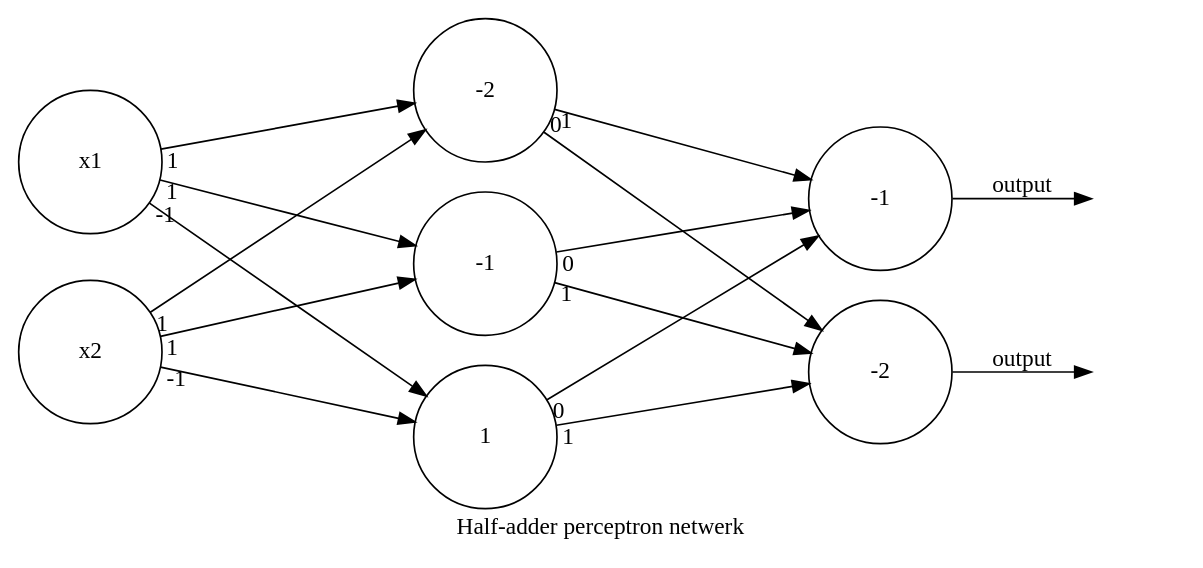
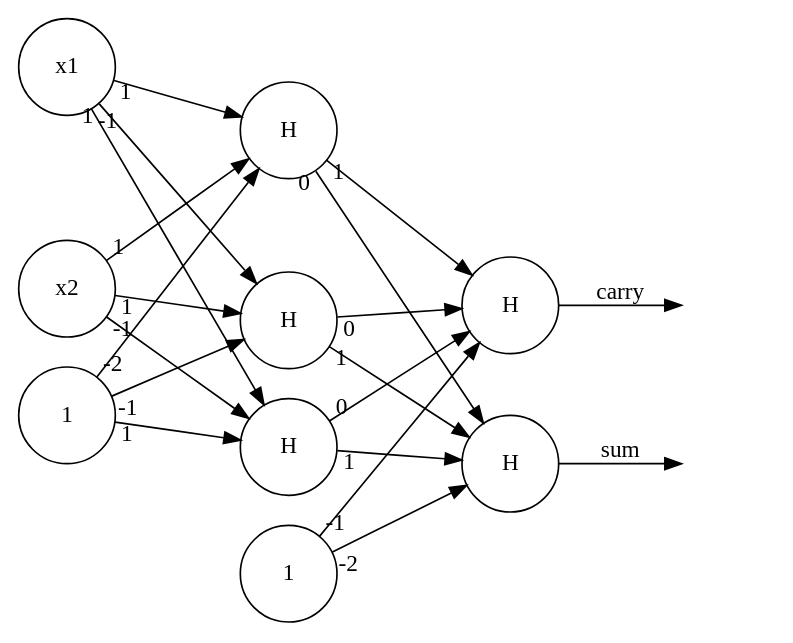
One commit to Finnyy012/MachineLearning changed the diagram in graphviz_renders/netwerk.gv. Above: the diagram before and after it, drawn with Graphviz. The commit also changed 5 other files, not shown here.

```diff
--- a/graphviz_renders/netwerk.gv
+++ b/graphviz_renders/netwerk.gv
@@ -1,26 +1,33 @@
 digraph netwerk {
-	graph [label="Half-adder perceptron netwerk" layout=dot rankdir=LR splines=line]
-	0 [label=x1 fontname=Consolas shape=circle width=1.2]
-	0 -> 2 [minlen=4 taillabel=" 1"]
-	0 -> 3 [minlen=4 taillabel=" 1"]
-	0 -> 4 [minlen=4 taillabel=" -1"]
-	1 [label=x2 fontname=Consolas shape=circle width=1.2]
-	1 -> 2 [minlen=4 taillabel=" 1"]
-	1 -> 3 [minlen=4 taillabel=" 1"]
-	1 -> 4 [minlen=4 taillabel=" -1"]
-	2 [label=-2 fontname=Consolas shape=circle width=1.2]
-	2 -> 5 [minlen=4 taillabel=" 1"]
-	2 -> 6 [minlen=4 taillabel=" 0"]
-	3 [label=-1 fontname=Consolas shape=circle width=1.2]
-	3 -> 5 [minlen=4 taillabel=" 0"]
-	3 -> 6 [minlen=4 taillabel=" 1"]
-	4 [label=1 fontname=Consolas shape=circle width=1.2]
-	4 -> 5 [minlen=4 taillabel=" 0"]
-	4 -> 6 [minlen=4 taillabel=" 1"]
-	5 [label=-1 fontname=Consolas shape=circle width=1.2]
+	graph [label="" layout=dot ordering=in rankdir=LR splines=line]
+	0 [label=x1 fontname=Consolas shape=circle width=0.8]
+	0 -> 3 [minlen=2 taillabel=" 1"]
+	0 -> 4 [minlen=2 taillabel=" 1"]
+	0 -> 5 [minlen=2 taillabel=" -1"]
+	1 [label=x2 fontname=Consolas shape=circle width=0.8]
+	1 -> 3 [minlen=2 taillabel=" 1"]
+	1 -> 4 [minlen=2 taillabel=" 1"]
+	1 -> 5 [minlen=2 taillabel=" -1"]
+	2 [label=1 fontname=Consolas shape=circle width=0.8]
+	2 -> 3 [minlen=2 taillabel=" -2"]
+	2 -> 4 [minlen=2 taillabel=" -1"]
+	2 -> 5 [minlen=2 taillabel=" 1"]
+	3 [label=H fontname=Consolas shape=circle width=0.8]
+	3 -> 7 [minlen=2 taillabel=" 1"]
+	3 -> 8 [minlen=2 taillabel=" 0"]
+	4 [label=H fontname=Consolas shape=circle width=0.8]
+	4 -> 7 [minlen=2 taillabel=" 0"]
+	4 -> 8 [minlen=2 taillabel=" 1"]
+	5 [label=H fontname=Consolas shape=circle width=0.8]
+	5 -> 7 [minlen=2 taillabel=" 0"]
+	5 -> 8 [minlen=2 taillabel=" 1"]
+	6 [label=1 fontname=Consolas shape=circle width=0.8]
+	6 -> 7 [minlen=2 taillabel=" -1"]
+	6 -> 8 [minlen=2 taillabel=" -2"]
+	7 [label=H fontname=Consolas shape=circle width=0.8]
 	-1 [label=" " shape=none]
-	5 -> -1 [label=output]
-	6 [label=-2 fontname=Consolas shape=circle width=1.2]
+	7 -> -1 [label=carry]
+	8 [label=H fontname=Consolas shape=circle width=0.8]
 	-2 [label=" " shape=none]
-	6 -> -2 [label=output]
+	8 -> -2 [label=sum]
 }
```
